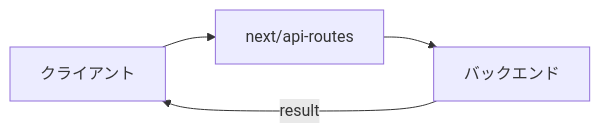
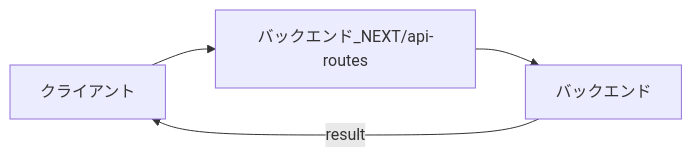
The fifth of 5 diagrams in README.md (AkihitoNakano/GoodFood-Portfolio), drawn with Mermaid before and after one commit. The commit also changed other lines of this file, not shown here.

````diff
--- a/README.md
+++ b/README.md
@@ -678,6 +677,6 @@
 ```mermaid
 flowchart LR
 
-クライアント --> next/api-routes --> バックエンド　-->　|result| クライアント
+クライアント --> バックエンド_NEXT/api-routes --> バックエンド　-->　|result| クライアント
 
 ```
````
